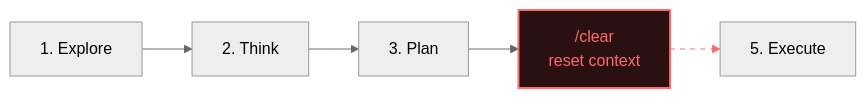
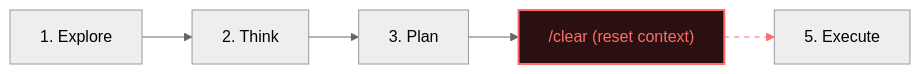
One commit to jonatanmichael/claude-code-config changed the third of 3 diagrams in README.md. Above: the diagram before and after it, drawn with Mermaid (neutral theme). The commit also changed other lines of this file, not shown here.

````diff
--- a/README.md
+++ b/README.md
@@ -178,10 +178,10 @@
 ```mermaid
 flowchart LR
     A[1. Explore] --> B[2. Think]
     B --> C[3. Plan]
-    C --> D["/clear\nreset context"]
+    C --> D["/clear (reset context)"]
     D --> E[5. Execute]
 
     style D fill:#2a1010,stroke:#ff6b6b,stroke-width:2px,color:#ff6b6b
     linkStyle 3 stroke:#ff6b6b,stroke-dasharray:5
 ```
````
